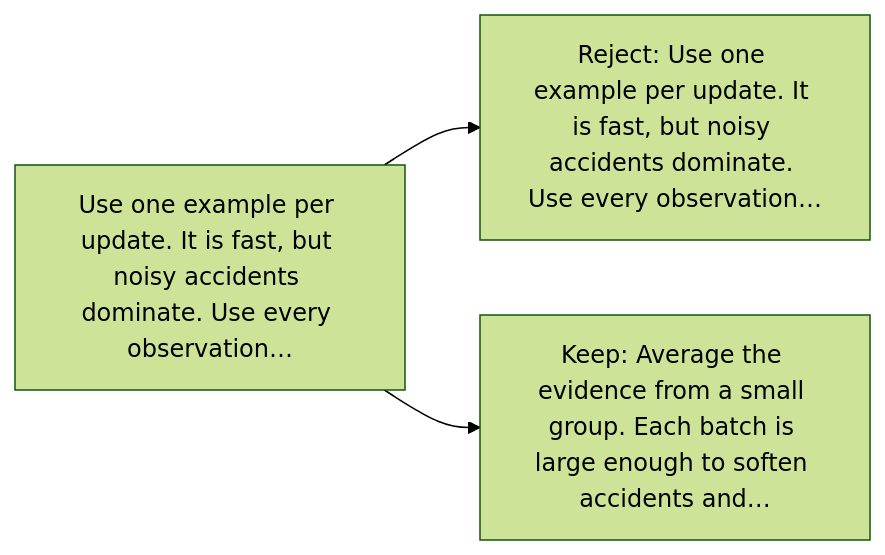
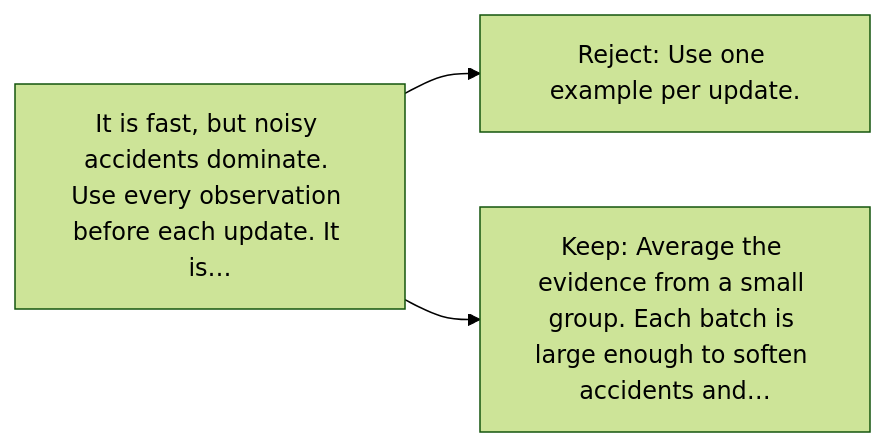
Before and after one commit to kleem-labs/AI-Archaeology: the diagram in excavations/026-mini-batches/diagram.md, drawn with Mermaid (forest theme). The commit also changed other lines of this file and 165 other files, not shown here.

````diff
--- a/excavations/026-mini-batches/diagram.md
+++ b/excavations/026-mini-batches/diagram.md
@@ -5,5 +5,5 @@
 ```mermaid
 flowchart LR
-    B["Use one example per update. It is fast, but noisy accidents dominate. Use every observation…"] --> A["Reject: Use one example per update. It is fast, but noisy accidents dominate. Use every observation…"]
+    B["It is fast, but noisy accidents dominate. Use every observation before each update. It is…"] --> A["Reject: Use one example per update."]
     B --> C["Keep: Average the evidence from a small group. Each batch is large enough to soften accidents and…"]
 ```
````
